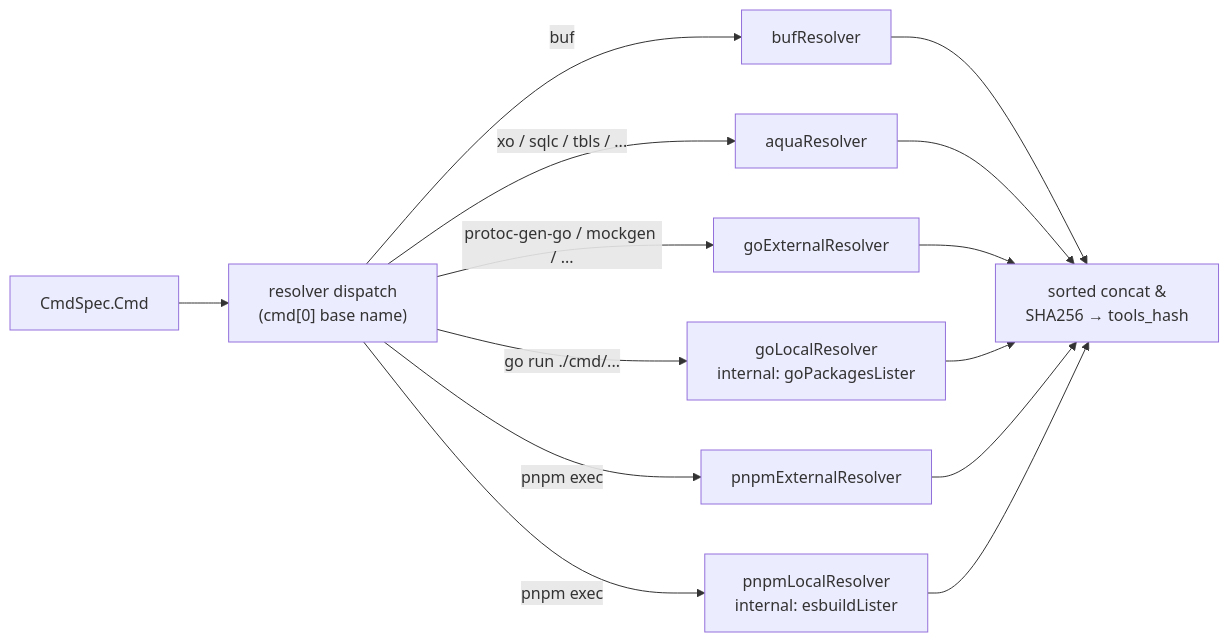
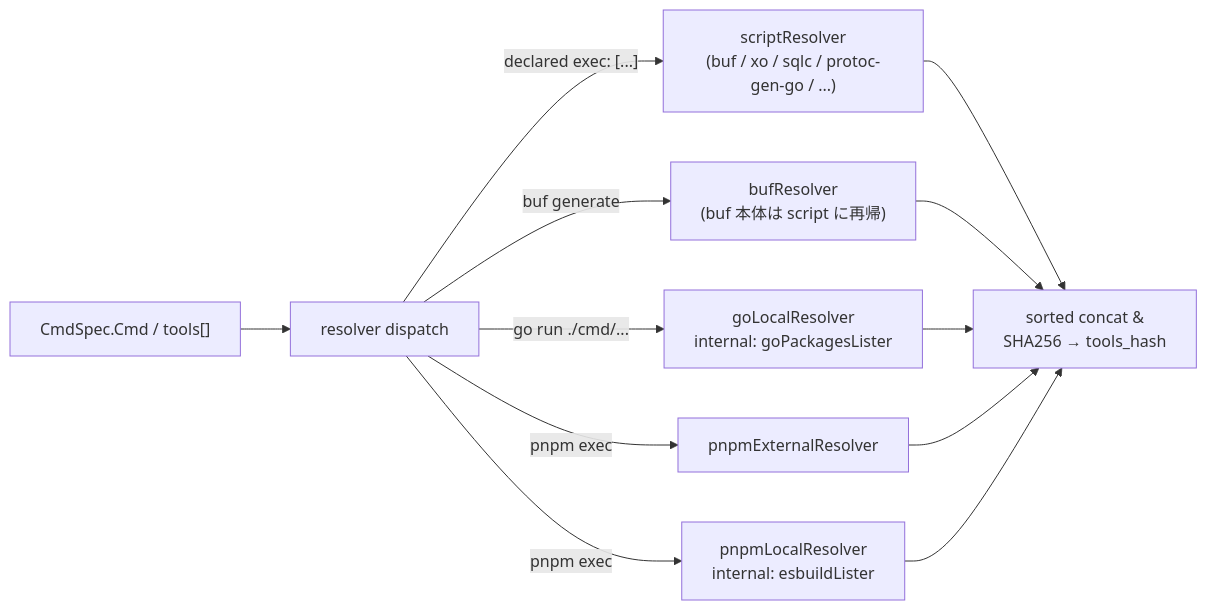
Before and after one commit to izumin5210/sloff: the second of 3 diagrams in docs/design/architecture.md, drawn with Mermaid. The commit also changed other lines of this file and 71 other files, not shown here.

First line of the commit message:
feat: foundation pipeline with script resolver (#1)

````diff
--- a/docs/design/architecture.md
+++ b/docs/design/architecture.md
@@ -305,16 +312,14 @@
 ```mermaid
 flowchart LR
-    SPEC["CmdSpec.Cmd"] --> DISP["resolver dispatch<br/>(cmd[0] base name)"]
-    DISP -->|"buf"| BUF["bufResolver"]
-    DISP -->|"xo / sqlc / tbls / ..."| AQUA["aquaResolver"]
-    DISP -->|"protoc-gen-go / mockgen / ..."| GOEXT["goExternalResolver"]
+    SPEC["CmdSpec.Cmd / tools[]"] --> DISP["resolver dispatch"]
+    DISP -->|"declared exec: [...]"| SCRIPT["scriptResolver<br/>(buf / xo / sqlc / protoc-gen-go / ...)"]
+    DISP -->|"buf generate"| BUF["bufResolver<br/>(buf 本体は script に再帰)"]
     DISP -->|"go run ./cmd/..."| GOLOC["goLocalResolver<br/>internal: goPackagesLister"]
     DISP -->|"pnpm exec <external>"| PNPMEXT["pnpmExternalResolver"]
     DISP -->|"pnpm exec <workspace local>"| PNPMLOC["pnpmLocalResolver<br/>internal: esbuildLister"]
-    BUF --> CONCAT["sorted concat &<br/>SHA256 → tools_hash"]
-    AQUA --> CONCAT
-    GOEXT --> CONCAT
+    SCRIPT --> CONCAT["sorted concat &<br/>SHA256 → tools_hash"]
+    BUF --> CONCAT
     GOLOC --> CONCAT
     PNPMEXT --> CONCAT
     PNPMLOC --> CONCAT
 ```
````
